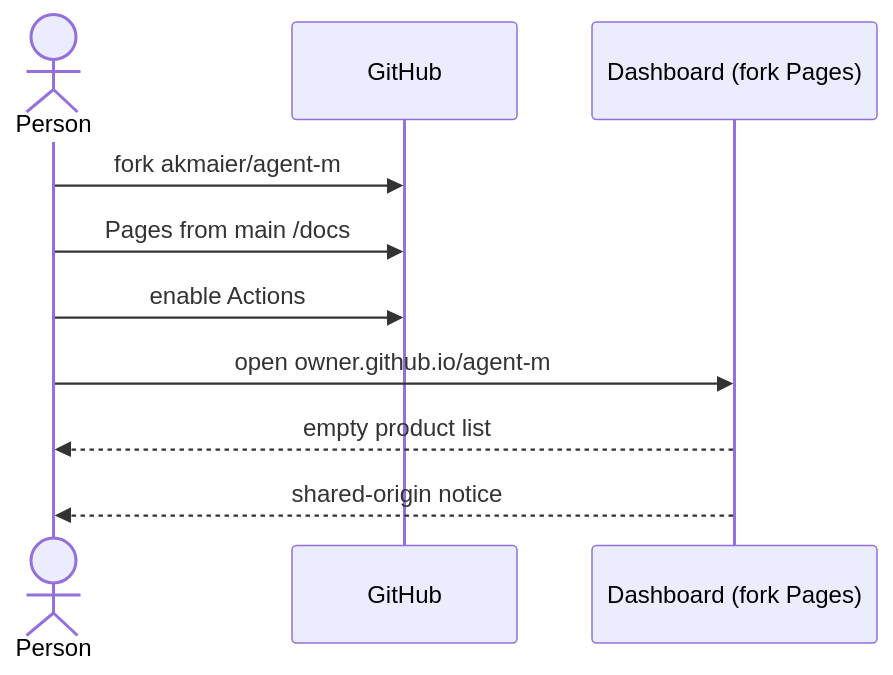
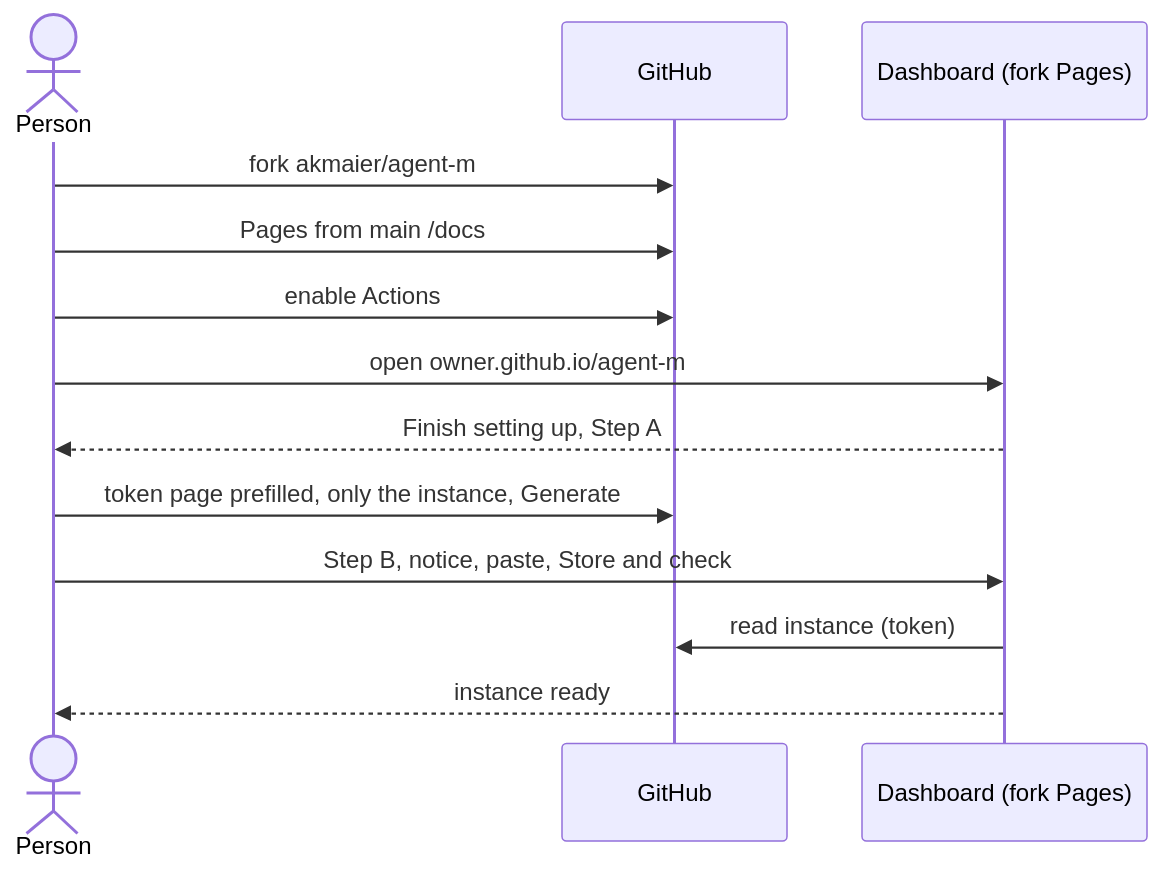
The diagram in docs/use-cases/UC-014-set-up-an-agent-m-instance.md (akmaier/agent-m), drawn with Mermaid before and after one commit. The commit also changed other lines of this file and 1 other file, not shown here.

First line of the commit message:
docs(use-cases): the token is created when the instance is set up; adding a product extends it

````diff
--- a/docs/use-cases/UC-014-set-up-an-agent-m-instance.md
+++ b/docs/use-cases/UC-014-set-up-an-agent-m-instance.md
@@ -43,12 +58,15 @@
 ```mermaid
 sequenceDiagram
     actor U as Person
     participant G as GitHub
     participant D as Dashboard (fork Pages)
     U->>G: fork akmaier/agent-m
     U->>G: Pages from main /docs
     U->>G: enable Actions
     U->>D: open owner.github.io/agent-m
-    D-->>U: empty product list
-    D-->>U: shared-origin notice
+    D-->>U: Finish setting up, Step A
+    U->>G: token page prefilled, only the instance, Generate
+    U->>D: Step B, notice, paste, Store and check
+    D->>G: read instance (token)
+    D-->>U: instance ready
 ```
````
